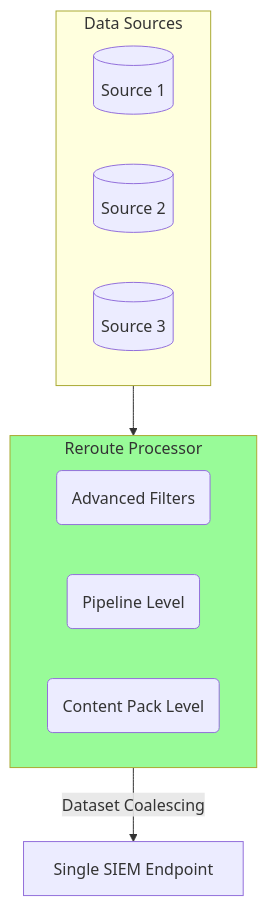
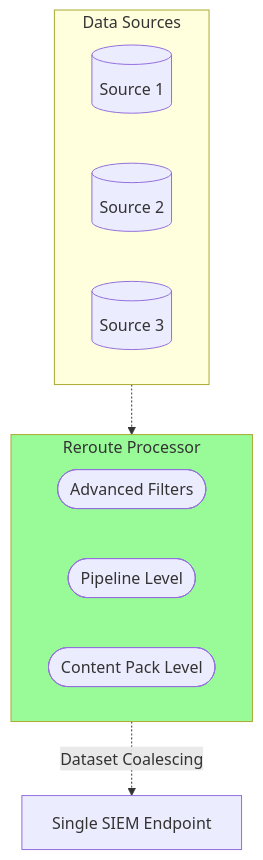
One commit to VirtualMetric/virtualmetric-docs changed the fifth of 7 diagrams in docs/README.mdx. Above: the diagram before and after it, drawn with Mermaid. The commit also changed other lines of this file, not shown here.

Commit message:
Edited the about graphics

````diff
--- a/docs/README.mdx
+++ b/docs/README.mdx
@@ -149,19 +146,19 @@
 ```mermaid
 graph TD
     subgraph Sources[Data Sources]
         S1[(Source 1)]
         S2[(Source 2)]
         S3[(Source 3)]
     end
     
     subgraph Routing[Reroute Processor]
-        F(Advanced Filters)
-        P(Pipeline Level)
-        C(Content Pack Level)
+        F([Advanced Filters])
+        P([Pipeline Level])
+        C([Content Pack Level])
     end
     
-    Sources --> Routing
-    Routing --> |Dataset Coalescing| SIEM[Single SIEM Endpoint]
+    Sources -.-> Routing
+    Routing -.-> |Dataset Coalescing| SIEM[Single SIEM Endpoint]
     
     style Routing fill:#98FB98
 ```
````
